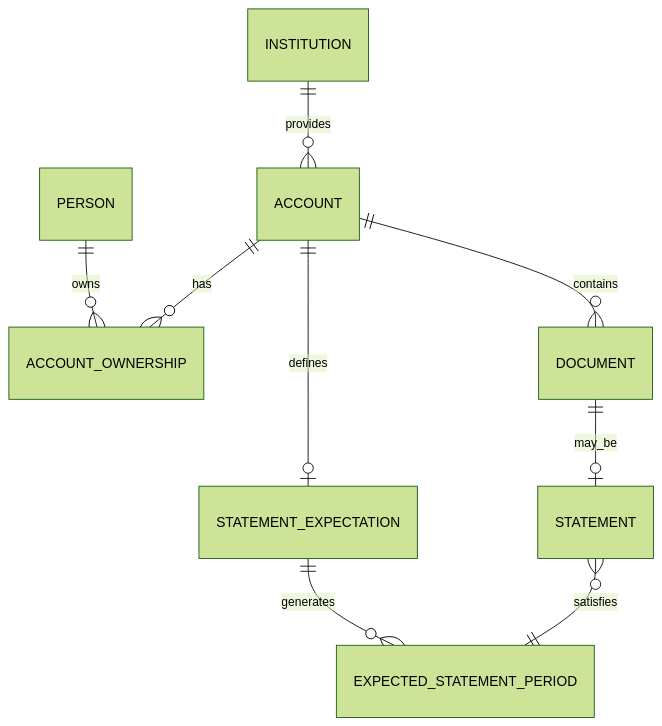
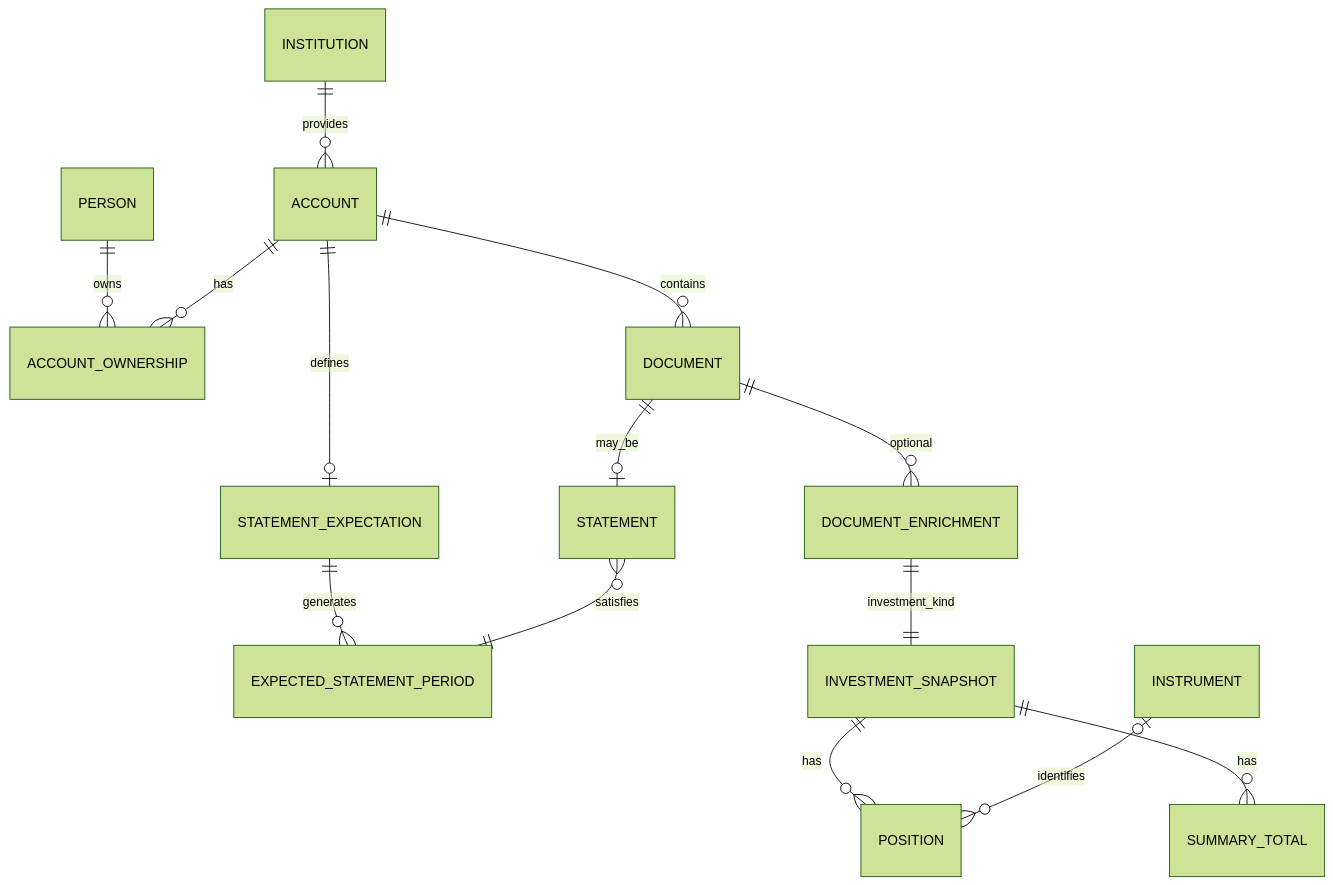
The diagram in apps/passbook/docs/DOMAIN.md (yourtoolshq/everyday), drawn with Mermaid (forest theme) before and after one commit. The commit also changed other lines of this file and 79 other files, not shown here.

````diff
--- a/apps/passbook/docs/DOMAIN.md
+++ b/apps/passbook/docs/DOMAIN.md
@@ -337,11 +428,16 @@
 ```mermaid
 erDiagram
     PERSON ||--o{ ACCOUNT_OWNERSHIP : owns
     ACCOUNT ||--o{ ACCOUNT_OWNERSHIP : has
     INSTITUTION ||--o{ ACCOUNT : provides
     ACCOUNT ||--o| STATEMENT_EXPECTATION : defines
     STATEMENT_EXPECTATION ||--o{ EXPECTED_STATEMENT_PERIOD : generates
     ACCOUNT ||--o{ DOCUMENT : contains
     DOCUMENT ||--o| STATEMENT : may_be
     STATEMENT }o--|| EXPECTED_STATEMENT_PERIOD : satisfies
+    DOCUMENT ||--o{ DOCUMENT_ENRICHMENT : optional
+    DOCUMENT_ENRICHMENT ||--|| INVESTMENT_SNAPSHOT : investment_kind
+    INVESTMENT_SNAPSHOT ||--o{ POSITION : has
+    INVESTMENT_SNAPSHOT ||--o{ SUMMARY_TOTAL : has
+    INSTRUMENT o|--o{ POSITION : identifies
 ```
````
